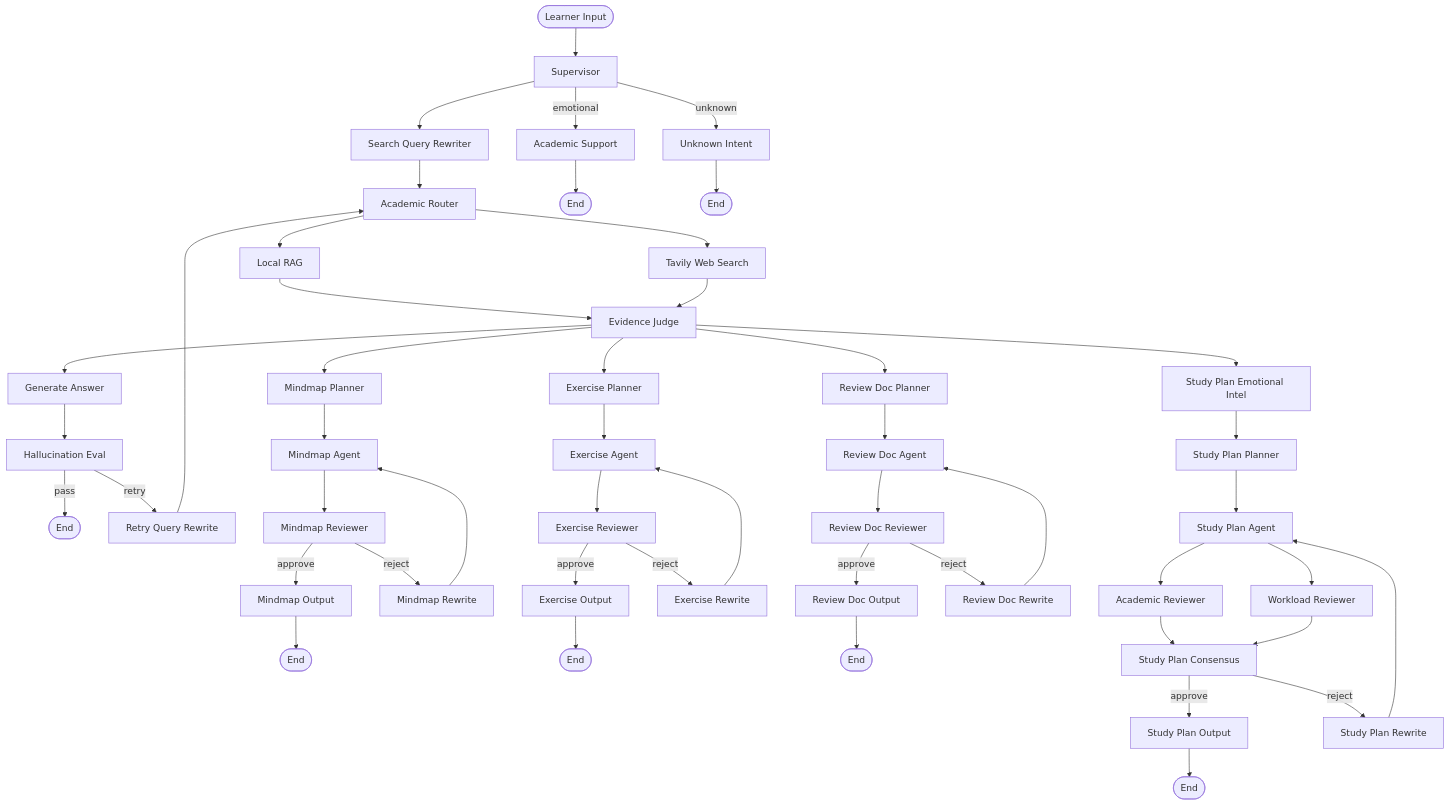
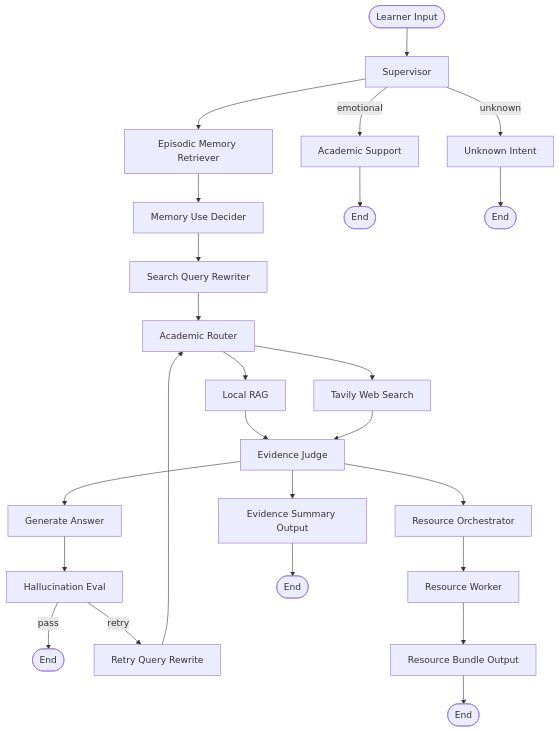
One commit to kyle-1227/A3_study_agent changed the diagram in docs/architecture/v0.3.0/diagram_design.md. Above: the diagram before and after it, drawn with Mermaid. The commit also changed other lines of this file and 53 other files, not shown here.

````diff
--- a/docs/architecture/v0.3.0/diagram_design.md
+++ b/docs/architecture/v0.3.0/diagram_design.md
@@ -5,59 +5,32 @@
 ```mermaid
 graph TD
   START([Learner Input]) --> supervisor[Supervisor]
-  supervisor --> search_query_rewriter[Search Query Rewriter]
+  supervisor --> episodic_memory_retriever[Episodic Memory Retriever]
   supervisor -->|emotional| emotional_response[Academic Support]
   supervisor -->|unknown| handle_unknown[Unknown Intent]
 
+  episodic_memory_retriever --> memory_use_decider[Memory Use Decider]
+  memory_use_decider --> search_query_rewriter[Search Query Rewriter]
   search_query_rewriter --> academic_router[Academic Router]
   academic_router --> rag_retrieve[Local RAG]
   academic_router --> web_search[Tavily Web Search]
   rag_retrieve --> evidence_judge[Evidence Judge]
   web_search --> evidence_judge
 
   evidence_judge --> generate_answer[Generate Answer]
-  evidence_judge --> mindmap_planner[Mindmap Planner]
-  evidence_judge --> exercise_planner[Exercise Planner]
-  evidence_judge --> review_doc_planner[Review Doc Planner]
-  evidence_judge --> study_plan_emotional_intel[Study Plan Emotional Intel]
+  evidence_judge --> resource_orchestrator[Resource Orchestrator]
+  evidence_judge --> evidence_summary_output[Evidence Summary Output]
 
   generate_answer --> evaluate_hallucination[Hallucination Eval]
   evaluate_hallucination -->|pass| END_A([End])
   evaluate_hallucination -->|retry| rewrite_query[Retry Query Rewrite]
   rewrite_query --> academic_router
 
-  mindmap_planner --> mindmap_agent[Mindmap Agent]
-  mindmap_agent --> mindmap_reviewer[Mindmap Reviewer]
-  mindmap_reviewer -->|approve| mindmap_output[Mindmap Output]
-  mindmap_reviewer -->|reject| mindmap_rewrite[Mindmap Rewrite]
-  mindmap_rewrite --> mindmap_agent
-  mindmap_output --> END_M([End])
-
-  exercise_planner --> exercise_agent[Exercise Agent]
-  exercise_agent --> exercise_reviewer[Exercise Reviewer]
-  exercise_reviewer -->|approve| exercise_output[Exercise Output]
-  exercise_reviewer -->|reject| exercise_rewrite[Exercise Rewrite]
-  exercise_rewrite --> exercise_agent
-  exercise_output --> END_X([End])
-
-  review_doc_planner --> review_doc_agent[Review Doc Agent]
-  review_doc_agent --> review_doc_reviewer[Review Doc Reviewer]
-  review_doc_reviewer -->|approve| review_doc_output[Review Doc Output]
-  review_doc_reviewer -->|reject| review_doc_rewrite[Review Doc Rewrite]
-  review_doc_rewrite --> review_doc_agent
-  review_doc_output --> END_D([End])
-
-  study_plan_emotional_intel --> study_plan_planner[Study Plan Planner]
-  study_plan_planner --> study_plan_agent[Study Plan Agent]
-  study_plan_agent --> study_plan_reviewer_academic[Academic Reviewer]
-  study_plan_agent --> study_plan_reviewer_emotional[Workload Reviewer]
-  study_plan_reviewer_academic --> study_plan_consensus[Study Plan Consensus]
-  study_plan_reviewer_emotional --> study_plan_consensus
-  study_plan_consensus -->|approve| study_plan_output[Study Plan Output]
-  study_plan_consensus -->|reject| study_plan_rewrite[Study Plan Rewrite]
-  study_plan_rewrite --> study_plan_agent
-  study_plan_output --> END_P([End])
+  resource_orchestrator --> resource_worker[Resource Worker]
+  resource_worker --> resource_bundle_output[Resource Bundle Output]
+  resource_bundle_output --> END_R([End])
+  evidence_summary_output --> END_S([End])
 
   emotional_response --> END_E([End])
   handle_unknown --> END_U([End])
 ```
````
